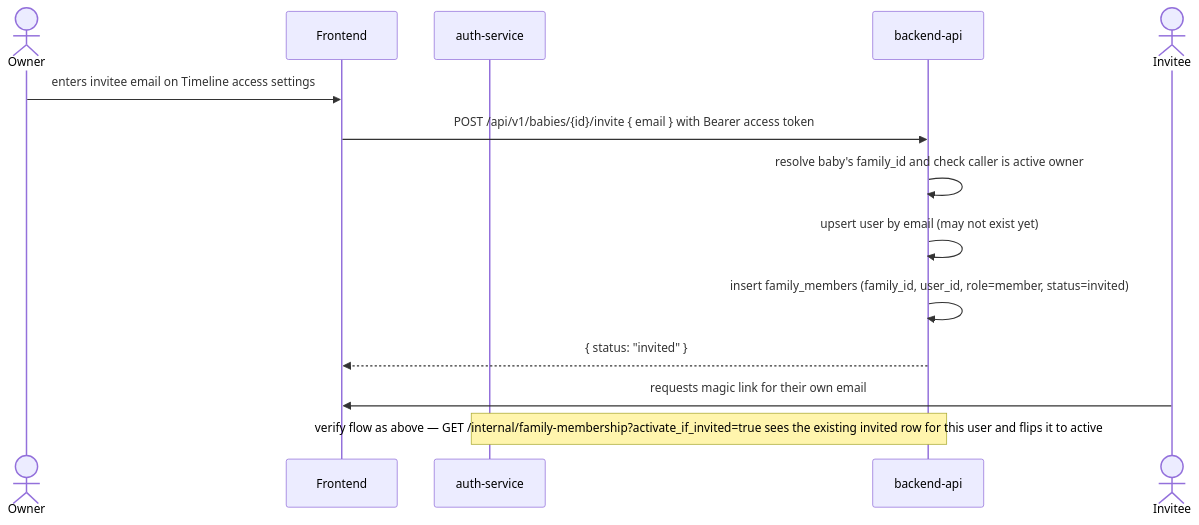
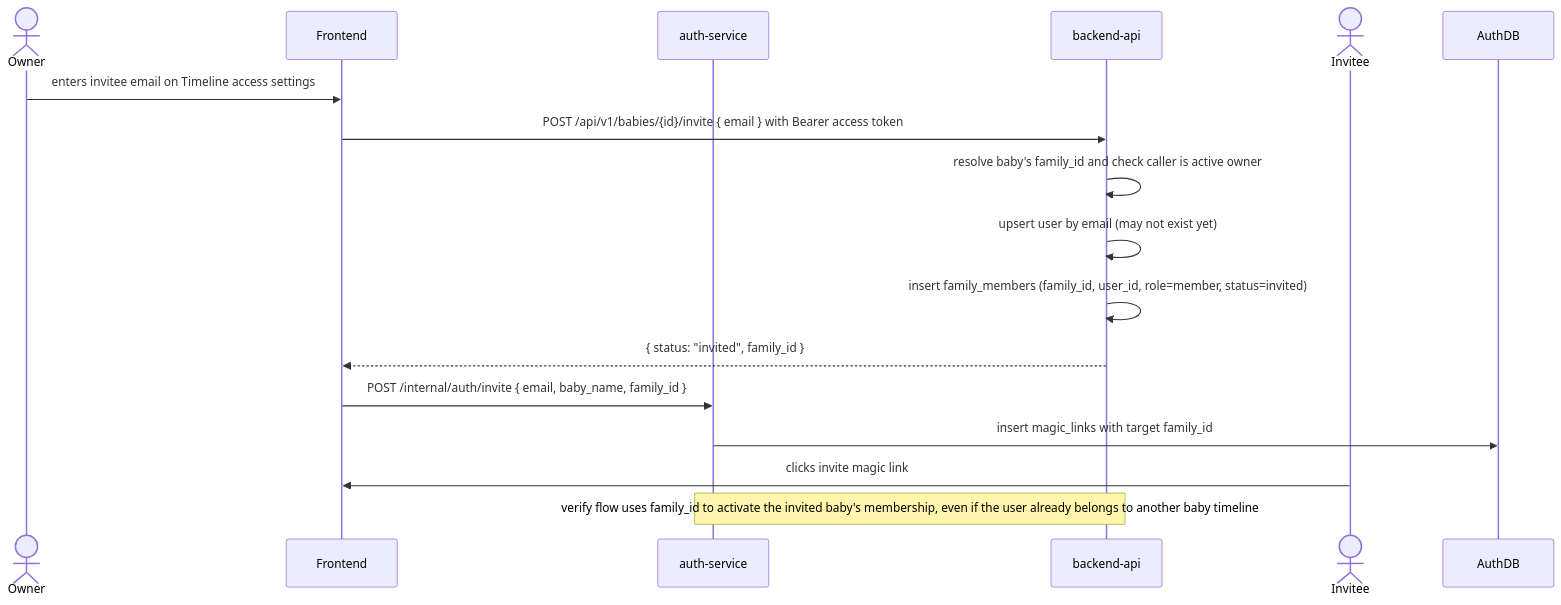
The third of 4 diagrams in docs/auth-magic-link.md (andreistefanciprian/yauli), drawn with Mermaid before and after one commit. The commit also changed other lines of this file and 20 other files, not shown here.

Commit message:
Fix invite links opening target timeline

````diff
--- a/docs/auth-magic-link.md
+++ b/docs/auth-magic-link.md
@@ -202,18 +202,20 @@
 ```mermaid
 sequenceDiagram
     actor Owner
     participant Frontend
     participant Auth as auth-service
     participant Backend as backend-api
     actor Invitee
 
     Owner->>Frontend: enters invitee email on Timeline access settings
     Frontend->>Backend: POST /api/v1/babies/{id}/invite { email } with Bearer access token
     Backend->>Backend: resolve baby's family_id and check caller is active owner
     Backend->>Backend: upsert user by email (may not exist yet)
     Backend->>Backend: insert family_members (family_id, user_id, role=member, status=invited)
-    Backend-->>Frontend: { status: "invited" }
+    Backend-->>Frontend: { status: "invited", family_id }
 
-    Invitee->>Frontend: requests magic link for their own email
-    Note over Auth,Backend: verify flow as above — GET /internal/family-membership?activate_if_invited=true sees the existing invited row for this user and flips it to active
+    Frontend->>Auth: POST /internal/auth/invite { email, baby_name, family_id }
+    Auth->>AuthDB: insert magic_links with target family_id
+    Invitee->>Frontend: clicks invite magic link
+    Note over Auth,Backend: verify flow uses family_id to activate the invited baby's membership, even if the user already belongs to another baby timeline
 ```
````
